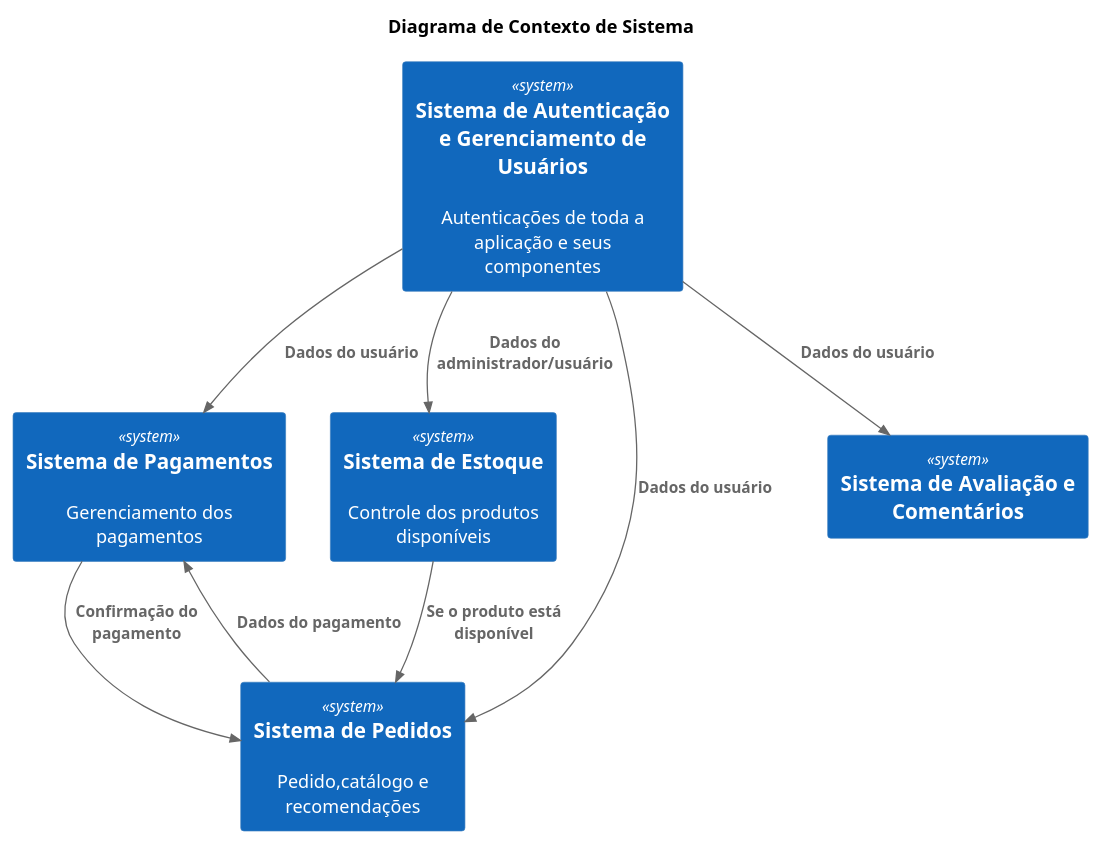
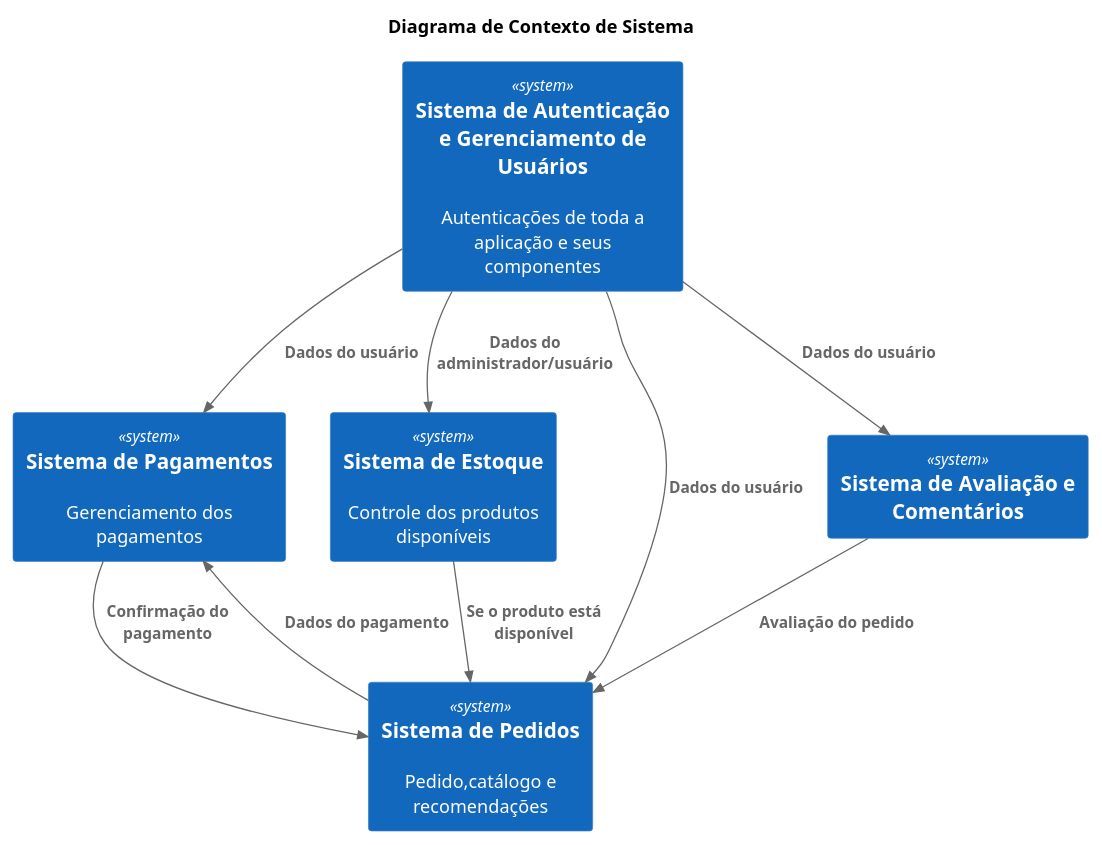
One commit to GustavoST868/C4_Plantuml changed the diagram in Diagrama_Contexto_Systema.plantuml. Above: the diagram before and after it, drawn with PlantUML. The commit also changed 1 other file, not shown here.

```diff
--- a/Diagrama_Contexto_Systema.plantuml
+++ b/Diagrama_Contexto_Systema.plantuml
@@ -1,23 +1,25 @@
 @startuml C4_Elements
 !include https://raw.githubusercontent.com/plantuml-stdlib/C4-PlantUML/master/C4_Container.puml
 
 title Diagrama de Contexto de Sistema
 
 System(autenticacao_gerenciamento, "Sistema de Autenticação e Gerenciamento de Usuários", "Autenticações de toda a aplicação e seus componentes", "")
 System(pagamentos, "Sistema de Pagamentos", "Gerenciamento dos pagamentos", "")
 System(estoque, "Sistema de Estoque", "Controle dos produtos disponíveis", "")
 System(pedidos, "Sistema de Pedidos", "Pedido,catálogo e recomendações", "")
 System(avaliacao_comentarios, "Sistema de Avaliação e Comentários", "", "")
 
 
 Rel(autenticacao_gerenciamento,pedidos,"Dados do usuário","")
 Rel(autenticacao_gerenciamento,pagamentos,"Dados do usuário","")
 Rel(autenticacao_gerenciamento,avaliacao_comentarios,"Dados do usuário","")
 Rel(autenticacao_gerenciamento,estoque,"Dados do administrador/usuário","")
+Rel(avaliacao_comentarios,pedidos,"Avaliação do pedido","")
+
 
 Rel(pedidos,pagamentos,"Dados do pagamento","")
 Rel(pagamentos,pedidos,"Confirmação do pagamento","")
 
 Rel(estoque,pedidos,"Se o produto está disponível","")
 
 @enduml
```
